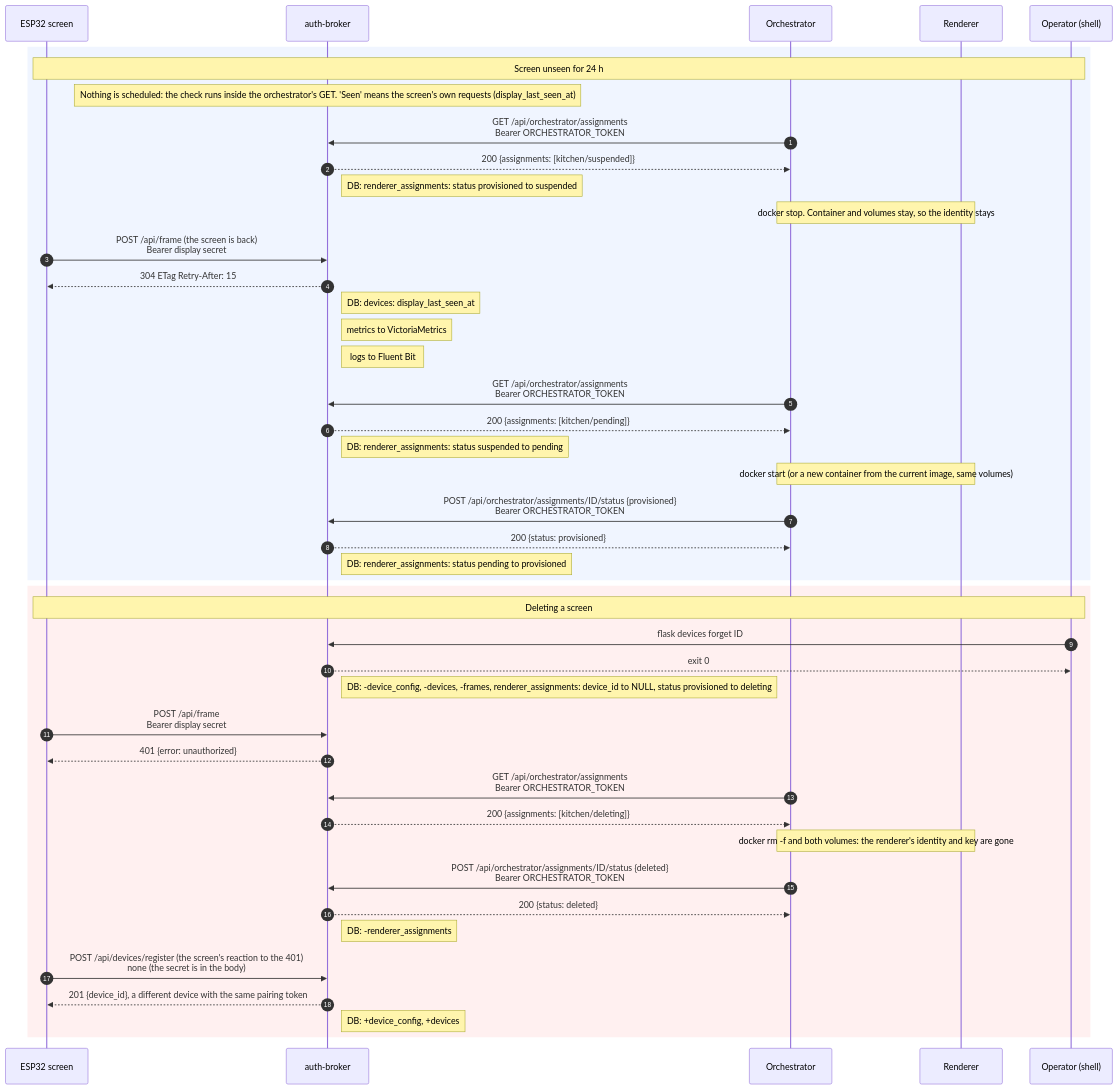
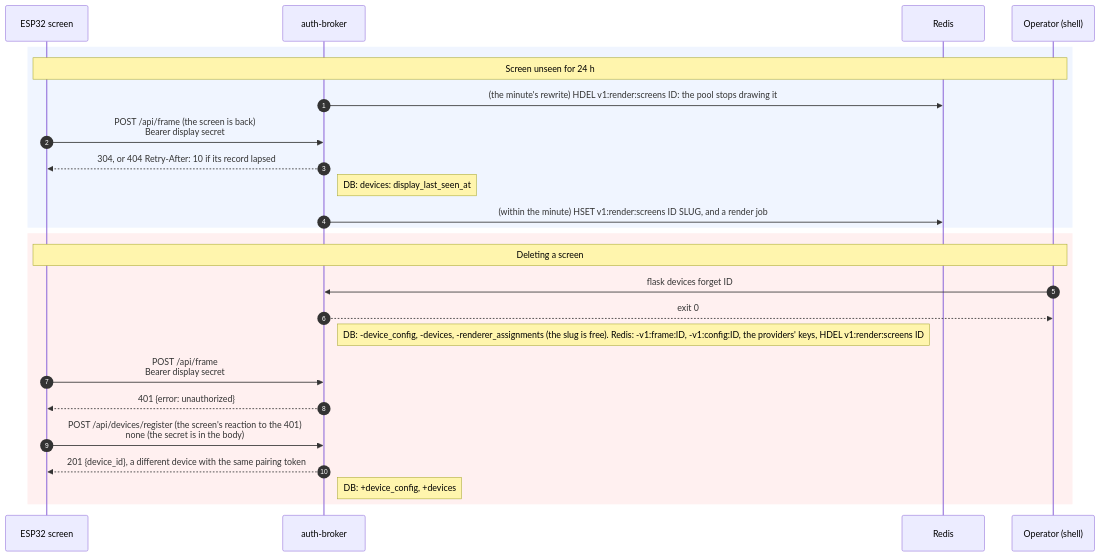
One commit to nvorkinn/auth-broker changed the eighth of 9 diagrams in docs/architecture.md. Above: the diagram before and after it, drawn with Mermaid. The commit also changed other lines of this file and 59 other files, not shown here.

````diff
--- a/docs/architecture.md
+++ b/docs/architecture.md
@@ -346,46 +309,27 @@
 ```mermaid
 sequenceDiagram
     autonumber
     participant S as ESP32 screen
     participant B as auth-broker
-    participant O as Orchestrator
-    participant R as Renderer
+    participant D as Redis
     participant X as Operator (shell)
     rect rgb(240, 245, 255)
         Note over S,X: Screen unseen for 24 h
-        Note over B: Nothing is scheduled: the check runs inside the orchestrator's GET. 'Seen' means the screen's own requests (display_last_seen_at)
-        O->>B: GET /api/orchestrator/assignments<br/>Bearer ORCHESTRATOR_TOKEN
-        B-->>O: 200 {assignments: [kitchen/suspended]}
-        Note right of B: DB: renderer_assignments: status provisioned to suspended
-        Note over O,R: docker stop. Container and volumes stay, so the identity stays
+        B->>D: (the minute's rewrite) HDEL v1:render:screens ID: the pool stops drawing it
         S->>B: POST /api/frame (the screen is back)<br/>Bearer display secret
-        B-->>S: 304 ETag Retry-After: 15
+        B-->>S: 304, or 404 Retry-After: 10 if its record lapsed
         Note right of B: DB: devices: display_last_seen_at
-        Note right of B: metrics to VictoriaMetrics
-        Note right of B: logs to Fluent Bit
-        O->>B: GET /api/orchestrator/assignments<br/>Bearer ORCHESTRATOR_TOKEN
-        B-->>O: 200 {assignments: [kitchen/pending]}
-        Note right of B: DB: renderer_assignments: status suspended to pending
-        Note over O,R: docker start (or a new container from the current image, same volumes)
-        O->>B: POST /api/orchestrator/assignments/ID/status {provisioned}<br/>Bearer ORCHESTRATOR_TOKEN
-        B-->>O: 200 {status: provisioned}
-        Note right of B: DB: renderer_assignments: status pending to provisioned
+        B->>D: (within the minute) HSET v1:render:screens ID SLUG, and a render job
     end
     rect rgb(255, 240, 240)
         Note over S,X: Deleting a screen
         X->>B: flask devices forget ID
         B-->>X: exit 0
-        Note right of B: DB: -device_config, -devices, -frames, renderer_assignments: device_id to NULL, status provisioned to deleting
+        Note right of B: DB: -device_config, -devices, -renderer_assignments (the slug is free). Redis: -v1:frame:ID, -v1:config:ID, the providers' keys, HDEL v1:render:screens ID
         S->>B: POST /api/frame<br/>Bearer display secret
         B-->>S: 401 {error: unauthorized}
-        O->>B: GET /api/orchestrator/assignments<br/>Bearer ORCHESTRATOR_TOKEN
-        B-->>O: 200 {assignments: [kitchen/deleting]}
-        Note over O,R: docker rm -f and both volumes: the renderer's identity and key are gone
-        O->>B: POST /api/orchestrator/assignments/ID/status {deleted}<br/>Bearer ORCHESTRATOR_TOKEN
-        B-->>O: 200 {status: deleted}
-        Note right of B: DB: -renderer_assignments
         S->>B: POST /api/devices/register (the screen's reaction to the 401)<br/>none (the secret is in the body)
         B-->>S: 201 {device_id}, a different device with the same pairing token
         Note right of B: DB: +device_config, +devices
     end
 ```
````
